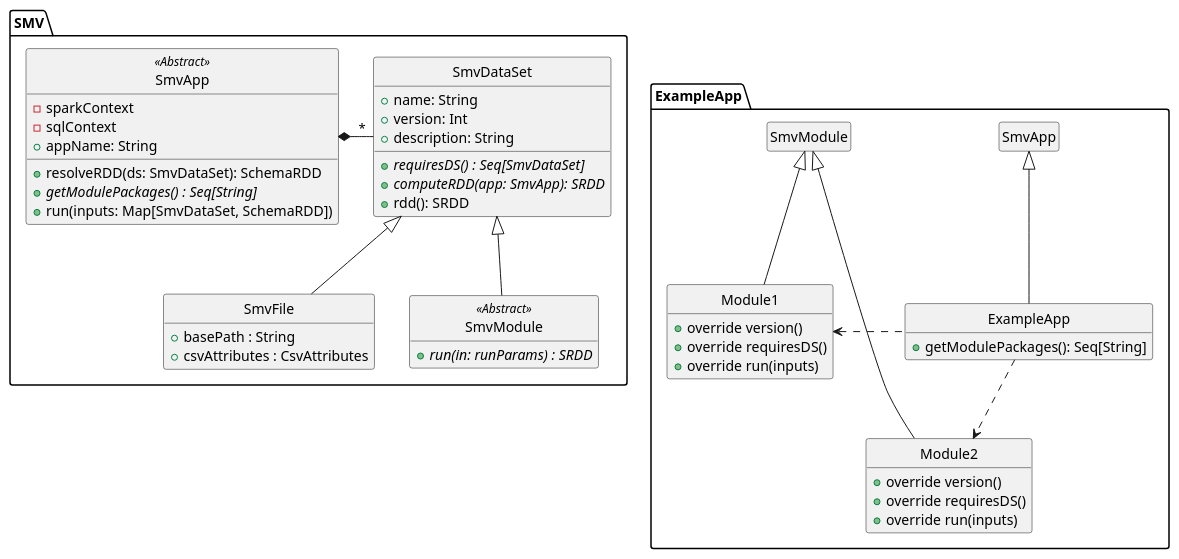
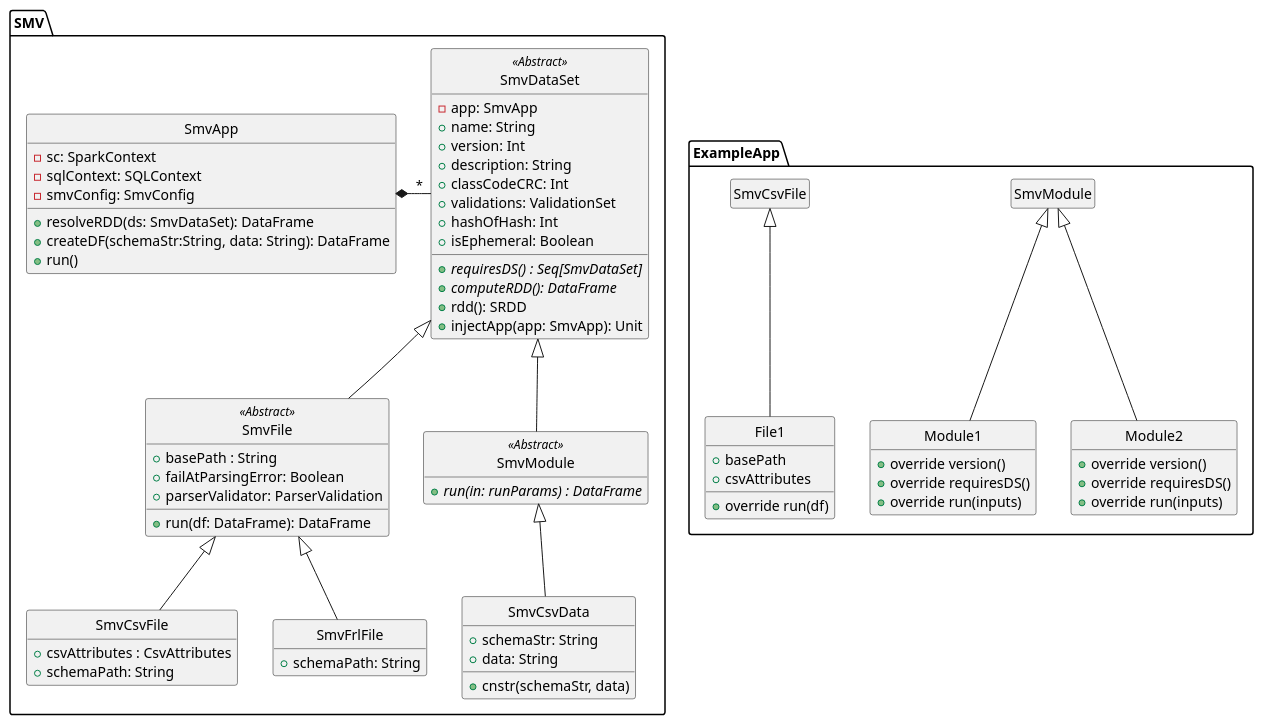
The diagram in docs/appFramework.files/appFramework.puml (TresAmigosSD/SMV), drawn with PlantUML before and after one commit. The commit also changed 1 other file, not shown here.

```diff
--- a/docs/appFramework.files/appFramework.puml
+++ b/docs/appFramework.files/appFramework.puml
@@ -1,57 +1,78 @@
 @startuml
 
 hide empty methods
 hide empty fields
 hide circle
 
 package SMV {
-  class SmvDataSet {
+  class SmvDataSet <<Abstract>>{
+    -app: SmvApp
     +{abstract} requiresDS() : Seq[SmvDataSet]
-    +{abstract} computeRDD(app: SmvApp): SRDD
+    +{abstract} computeRDD(): DataFrame
     +rdd(): SRDD
     +name: String
     +version: Int
     +description: String
+    +classCodeCRC: Int
+    +validations: ValidationSet
+    +hashOfHash: Int
+    +isEphemeral: Boolean
+    +injectApp(app: SmvApp): Unit
   }
-  
-  class SmvFile extends SmvDataSet {
+
+  class SmvFile <<Abstract>> extends SmvDataSet {
     +basePath : String
+    +failAtParsingError: Boolean
+    +parserValidator: ParserValidation
+    +run(df: DataFrame): DataFrame
+  }
+
+  class SmvCsvFile extends SmvFile {
     +csvAttributes : CsvAttributes
+    +schemaPath: String
+  }
+
+  class SmvFrlFile extends SmvFile {
+    +schemaPath: String
   }
 
   class SmvModule <<Abstract>> extends SmvDataSet {
-    +{abstract} run(in: runParams) : SRDD
+    +{abstract} run(in: runParams) : DataFrame
   }
 
-  class SmvApp <<Abstract>> {
-    -sparkContext
-    -sqlContext
-    +appName: String
-    +resolveRDD(ds: SmvDataSet): SchemaRDD
-    +{abstract} getModulePackages() : Seq[String]
-    +run(inputs: Map[SmvDataSet, SchemaRDD])
+  class SmvCsvData extends SmvModule {
+    +schemaStr: String
+    +data: String
+    +cnstr(schemaStr, data)
+  }
+
+  class SmvApp {
+    -sc: SparkContext
+    -sqlContext: SQLContext
+    -smvConfig: SmvConfig
+    +resolveRDD(ds: SmvDataSet): DataFrame
+    +createDF(schemaStr:String, data: String): DataFrame
+    +run()
   }
 
   SmvApp *-R- "*" SmvDataSet
 }
 
 package ExampleApp {
   class Module1 extends SmvModule {
     +override version()
     +override requiresDS()
     +override run(inputs)
   }
   class Module2 extends SmvModule {
     +override version()
     +override requiresDS()
     +override run(inputs)
   }
-
-  class ExampleApp extends SmvApp {
-    +getModulePackages(): Seq[String]
+  class File1 extends SmvCsvFile {
+    +basePath
+    +csvAttributes
+    +override run(df)
   }
-
-  ExampleApp .l.> Module1
-  ExampleApp ..> Module2
 }
 @enduml
```
